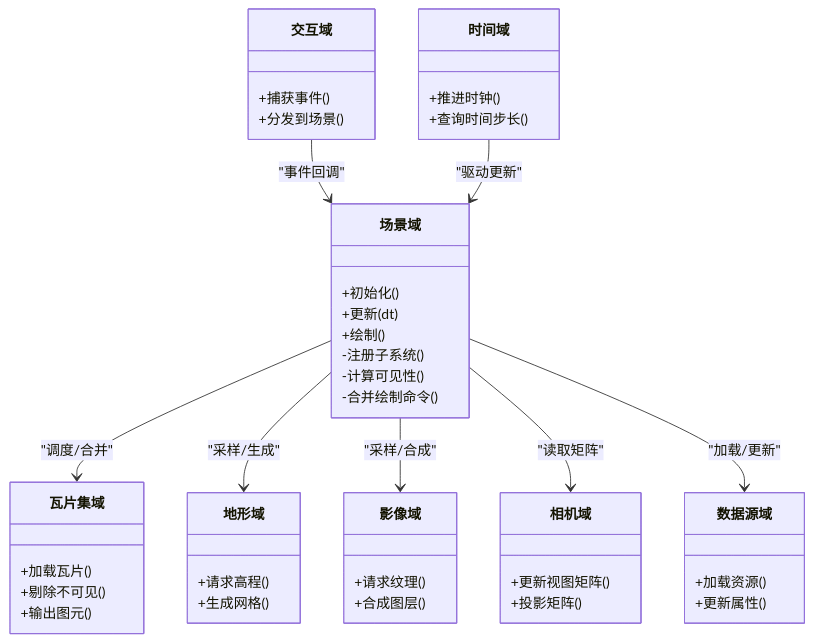
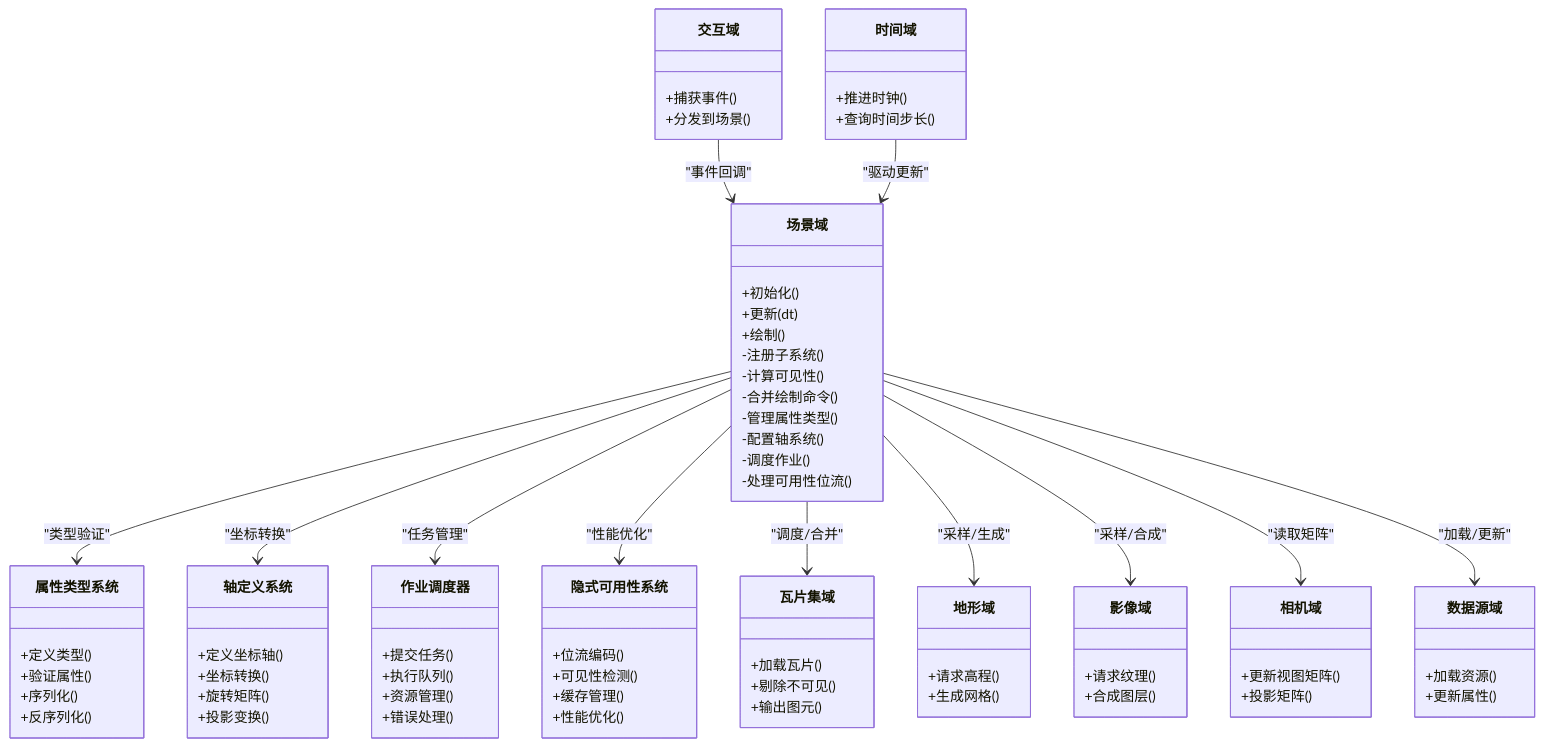
The third of 14 diagrams in .qoder/repowiki/zh/content/场景管理/场景管理架构.md (rzhangjing/cesium), drawn with Mermaid before and after one commit. The commit also changed other lines of this file and 90 other files, not shown here.

````diff
--- a/.qoder/repowiki/zh/content/场景管理/场景管理架构.md
+++ b/.qoder/repowiki/zh/content/场景管理/场景管理架构.md
@@ -188,47 +219,79 @@
 ```mermaid
 classDiagram
 class 场景域 {
 +初始化()
 +更新(dt)
 +绘制()
 -注册子系统()
 -计算可见性()
 -合并绘制命令()
+-管理属性类型()
+-配置轴系统()
+-调度作业()
+-处理可用性位流()
+}
+class 属性类型系统 {
++定义类型()
++验证属性()
++序列化()
++反序列化()
+}
+class 轴定义系统 {
++定义坐标轴()
++坐标转换()
++旋转矩阵()
++投影变换()
+}
+class 作业调度器 {
++提交任务()
++执行队列()
++资源管理()
++错误处理()
+}
+class 隐式可用性系统 {
++位流编码()
++可见性检测()
++缓存管理()
++性能优化()
 }
 class 瓦片集域 {
 +加载瓦片()
 +剔除不可见()
 +输出图元()
 }
 class 地形域 {
 +请求高程()
 +生成网格()
 }
 class 影像域 {
 +请求纹理()
 +合成图层()
 }
 class 相机域 {
 +更新视图矩阵()
 +投影矩阵()
 }
 class 数据源域 {
 +加载资源()
 +更新属性()
 }
 class 交互域 {
 +捕获事件()
 +分发到场景()
 }
 class 时间域 {
 +推进时钟()
 +查询时间步长()
 }
+场景域 --> 属性类型系统 : "类型验证"
+场景域 --> 轴定义系统 : "坐标转换"
+场景域 --> 作业调度器 : "任务管理"
+场景域 --> 隐式可用性系统 : "性能优化"
 场景域 --> 瓦片集域 : "调度/合并"
 场景域 --> 地形域 : "采样/生成"
 场景域 --> 影像域 : "采样/合成"
 场景域 --> 相机域 : "读取矩阵"
 场景域 --> 数据源域 : "加载/更新"
 交互域 --> 场景域 : "事件回调"
 时间域 --> 场景域 : "驱动更新"
 ```
````
